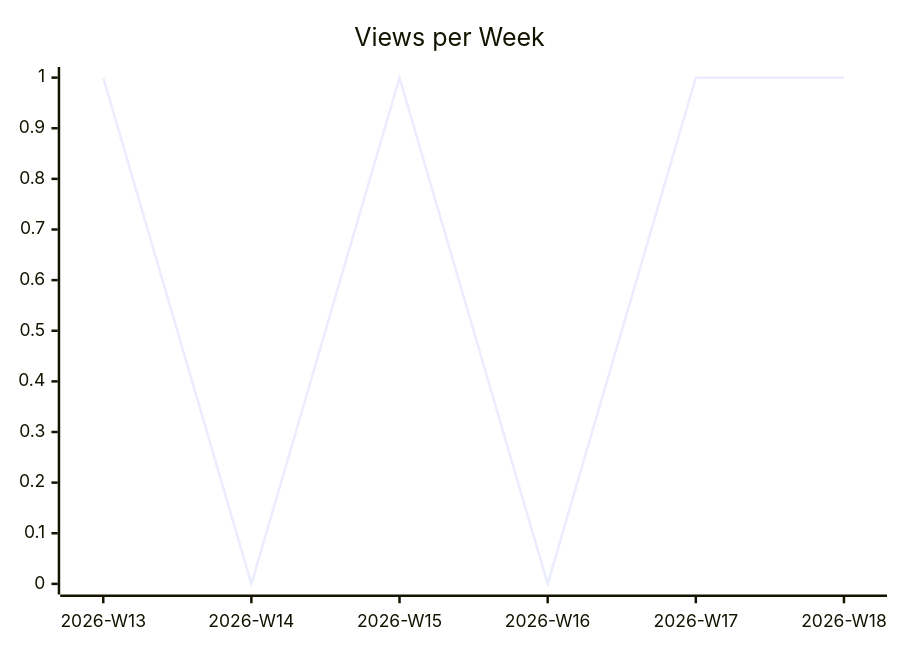
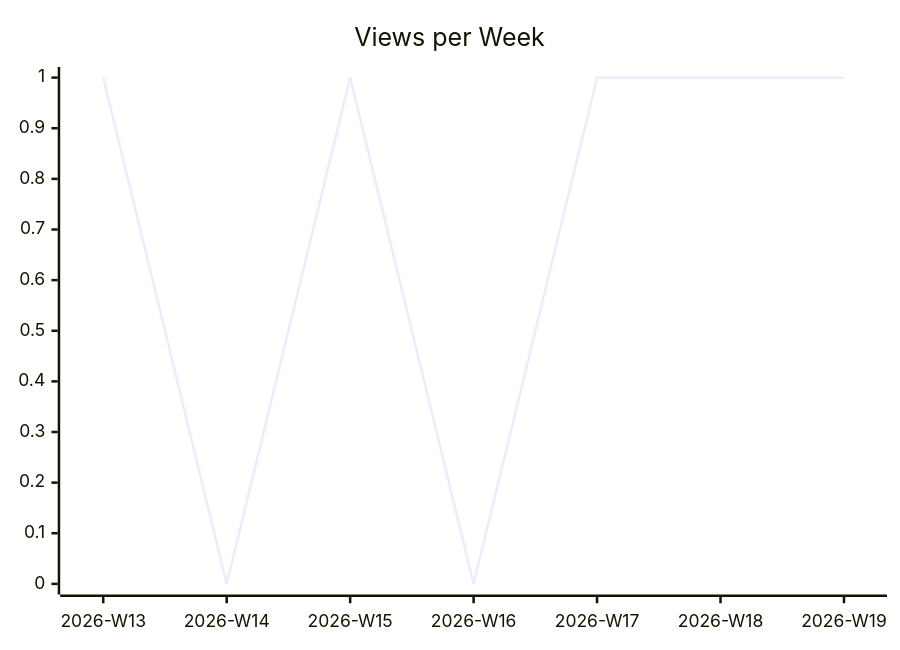
One commit to justdavis-family/github-analytics-data changed the second of 3 diagrams in karlmdavis/justdavis-finances/README.md. Above: the diagram before and after it, drawn with Mermaid. The commit also changed other lines of this file and 187 other files, not shown here.

````diff
--- a/karlmdavis/justdavis-finances/README.md
+++ b/karlmdavis/justdavis-finances/README.md
@@ -12,6 +12,6 @@
 ```mermaid
 xychart-beta
   title "Views per Week"
-  x-axis ["2026-W13", "2026-W14", "2026-W15", "2026-W16", "2026-W17", "2026-W18"]
-  line [1, 0, 1, 0, 1, 1]
+  x-axis ["2026-W13", "2026-W14", "2026-W15", "2026-W16", "2026-W17", "2026-W18", "2026-W19"]
+  line [1, 0, 1, 0, 1, 1, 1]
 ```
````
